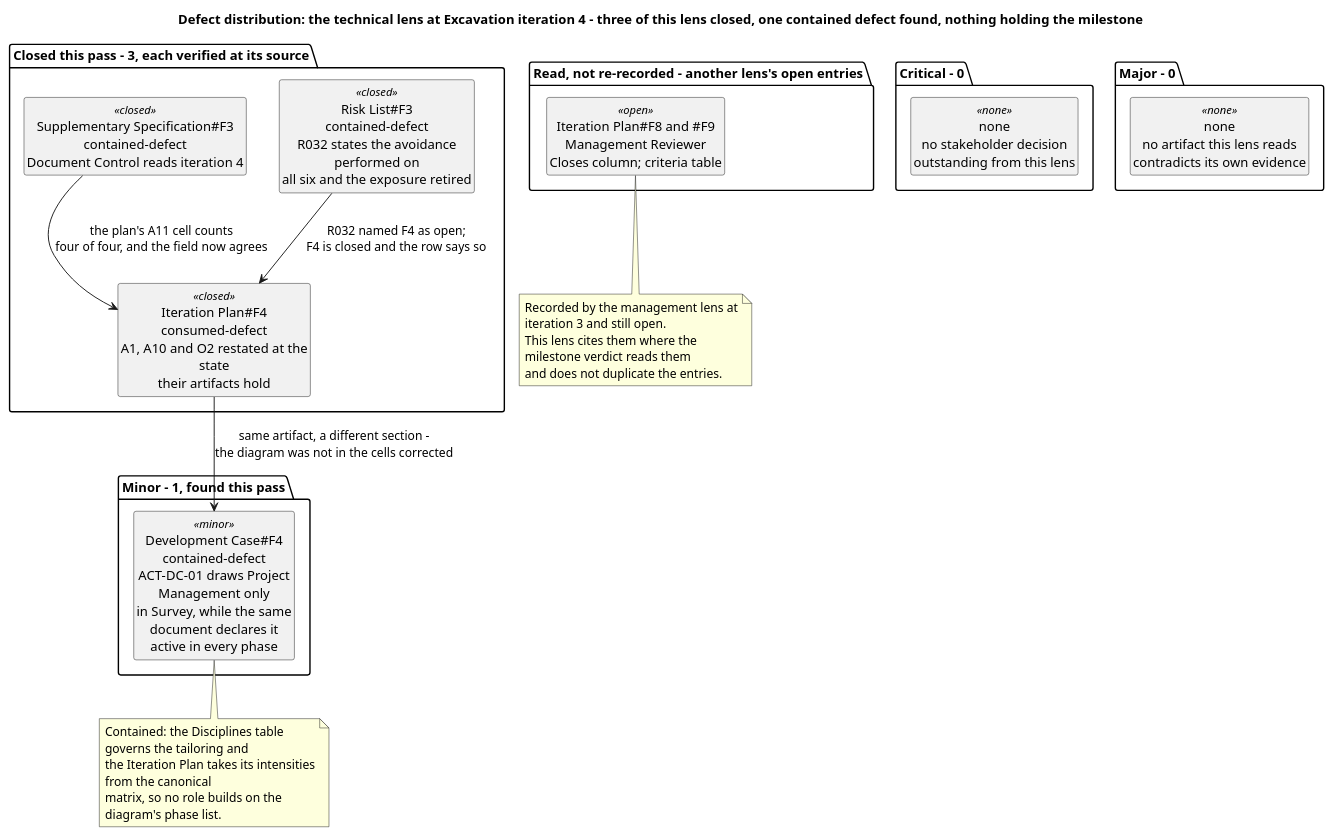
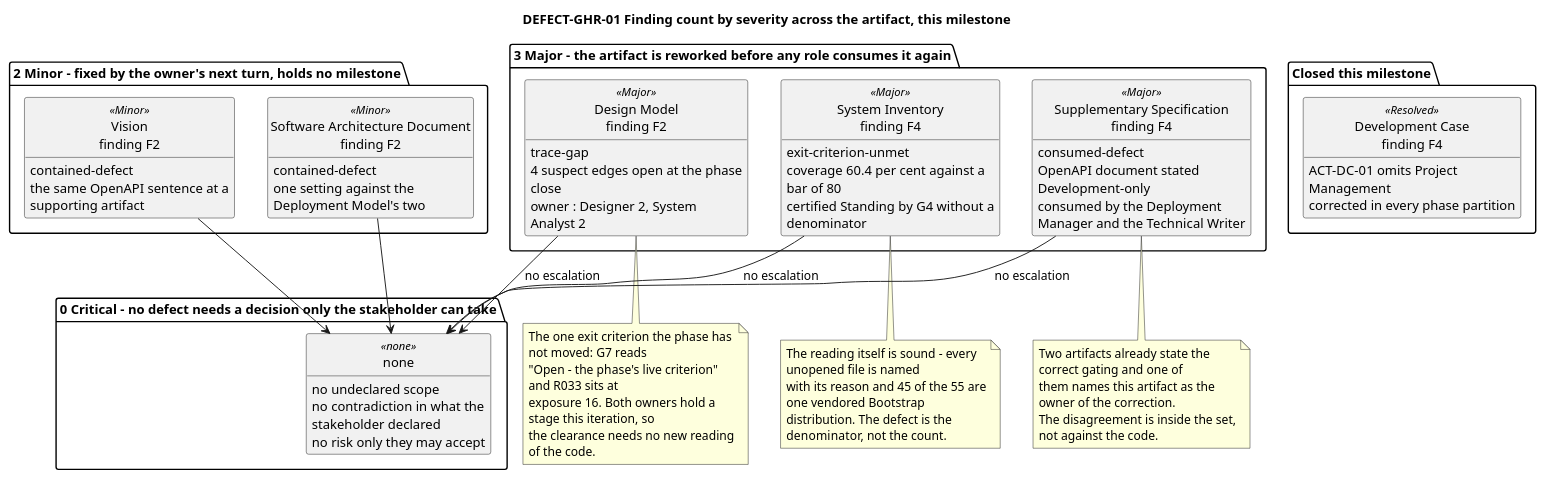
One commit to banense-test/TodoApp changed the fifth of 12 diagrams in docs/artifacts/project-management/review-record.md. Above: the diagram before and after it, drawn with PlantUML. The commit also changed other lines of this file, not shown here.

First line of the commit message:
Reviewer [Consolidation1]: upsert Review Record

````diff
--- a/docs/artifacts/project-management/review-record.md
+++ b/docs/artifacts/project-management/review-record.md
@@ -354,49 +345,80 @@
 ```plantuml
 @startuml
-title Defect distribution: the technical lens at Excavation iteration 4 - three of this lens closed, one contained defect found, nothing holding the milestone
+title DEFECT-GHR-01 Finding count by severity across the artifact, this milestone
 
 skinparam shadowing false
 skinparam classAttributeIconSize 0
-skinparam wrapWidth 235
+skinparam wrapWidth 230
 hide circle
 hide empty members
 
-package "Critical - 0" {
-  class "none\nno stakeholder decision\noutstanding from this lens" as NC <<none>>
+package "3 Major - the artifact is reworked before any role consumes it again" {
+  class "Design Model\nfinding F2" as M1 <<Major>> {
+    trace-gap
+    4 suspect edges open at the phase close
+    owner : Designer 2, System Analyst 2
+  }
+  class "Supplementary Specification\nfinding F4" as M2 <<Major>> {
+    consumed-defect
+    OpenAPI document stated Development-only
+    consumed by the Deployment Manager and the Technical Writer
+  }
+  class "System Inventory\nfinding F4" as M3 <<Major>> {
+    exit-criterion-unmet
+    coverage 60.4 per cent against a bar of 80
+    certified Standing by G4 without a denominator
+  }
 }
 
-package "Major - 0" {
-  class "none\nno artifact this lens reads\ncontradicts its own evidence" as NM <<none>>
+package "2 Minor - fixed by the owner's next turn, holds no milestone" {
+  class "Vision\nfinding F2" as m1 <<Minor>> {
+    contained-defect
+    the same OpenAPI sentence at a supporting artifact
+  }
+  class "Software Architecture Document\nfinding F2" as m2 <<Minor>> {
+    contained-defect
+    one setting against the Deployment Model's two
+  }
 }
 
-package "Minor - 1, found this pass" {
-  class "Development Case#F4\ncontained-defect\nACT-DC-01 draws Project Management only\nin Survey, while the same document declares it\nactive in every phase" as m1 <<minor>>
+package "0 Critical - no defect needs a decision only the stakeholder can take" {
+  class "none" as C <<none>> {
+    no undeclared scope
+    no contradiction in what the stakeholder declared
+    no risk only they may accept
+  }
 }
 
-package "Closed this pass - 3, each verified at its source" {
-  class "Iteration Plan#F4\nconsumed-defect\nA1, A10 and O2 restated at the state\ntheir artifacts hold" as C1 <<closed>>
-  class "Risk List#F3\ncontained-defect\nR032 states the avoidance performed on\nall six and the exposure retired" as C2 <<closed>>
-  class "Supplementary Specification#F3\ncontained-defect\nDocument Control reads iteration 4" as C3 <<closed>>
+package "Closed this milestone" {
+  class "Development Case\nfinding F4" as X <<Resolved>> {
+    ACT-DC-01 omits Project Management
+    corrected in every phase partition
+  }
 }
 
-package "Read, not re-recorded - another lens's open entries" {
-  class "Iteration Plan#F8 and #F9\nManagement Reviewer\nCloses column; criteria table" as O1 <<open>>
-}
+M1 --> C : no escalation
+M2 --> C : no escalation
+M3 --> C : no escalation
+m1 --> C
+m2 --> C
 
-C1 --> m1 : same artifact, a different section -\nthe diagram was not in the cells corrected
-C2 --> C1 : R032 named F4 as open;\nF4 is closed and the row says so
-C3 --> C1 : the plan's A11 cell counts\nfour of four, and the field now agrees
-
-note bottom of m1
-  Contained: the Disciplines table governs the tailoring and
-  the Iteration Plan takes its intensities from the canonical
-  matrix, so no role builds on the diagram's phase list.
-end note
-note bottom of O1
-  Recorded by the management lens at iteration 3 and still open.
-  This lens cites them where the milestone verdict reads them
-  and does not duplicate the entries.
+note bottom of M1
+  The one exit criterion the phase has not moved: G7 reads
+  "Open - the phase's live criterion" and R033 sits at
+  exposure 16. Both owners hold a stage this iteration, so
+  the clearance needs no new reading of the code.
 end note
 
+note bottom of M3
+  The reading itself is sound - every unopened file is named
+  with its reason and 45 of the 55 are one vendored Bootstrap
+  distribution. The defect is the denominator, not the count.
+end note
+
+note bottom of M2
+  Two artifacts already state the correct gating and one of
+  them names this artifact as the owner of the correction.
+  The disagreement is inside the set, not against the code.
+end note
 @enduml
 ```
````
